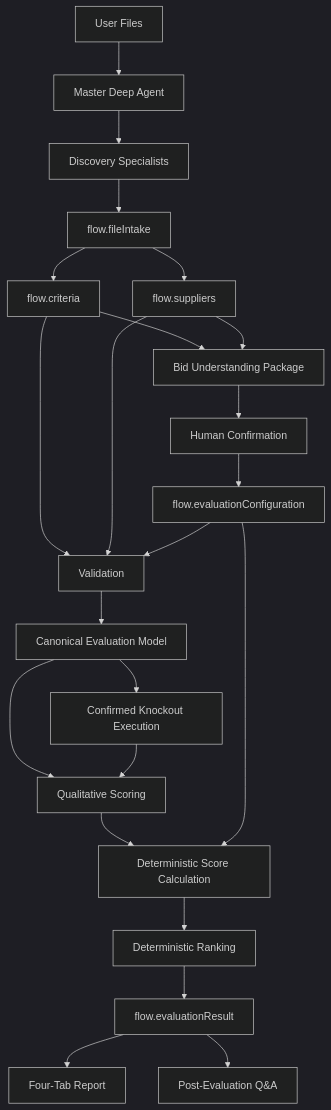
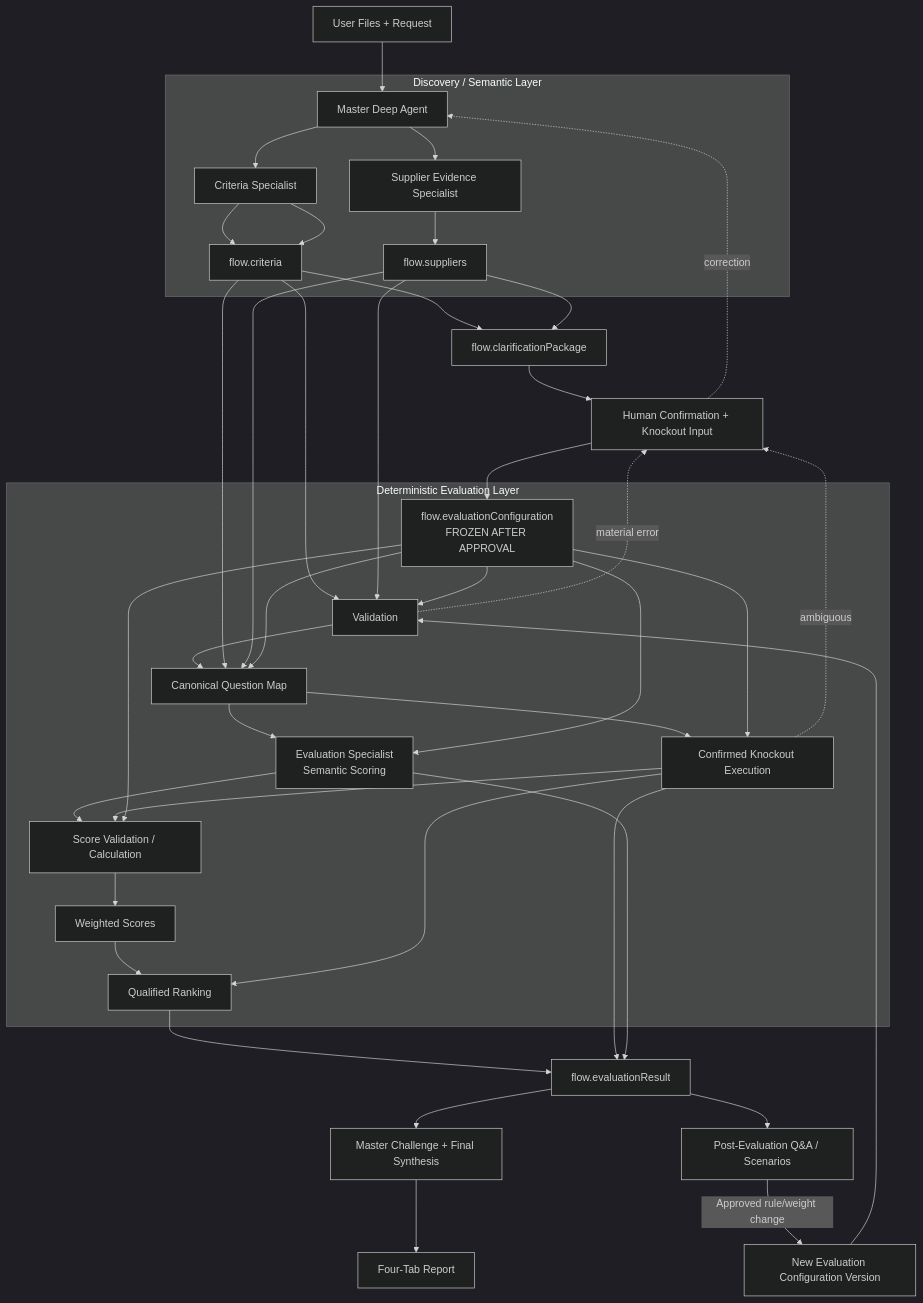
One commit to adityarane-ai/Agentic-Orchestrations changed the first of 2 diagrams in Bid Analysis Agent/05A-Data-Flow-Architecture.md. Above: the diagram before and after it, drawn with Mermaid (dark theme). The commit also changed other lines of this file, not shown here.

Commit message:
Update data-flow diagrams for V1.2 HITL configuration and deterministic pipeline

````diff
--- a/Bid Analysis Agent/05A-Data-Flow-Architecture.md
+++ b/Bid Analysis Agent/05A-Data-Flow-Architecture.md
@@ -21,26 +21,50 @@
 ```mermaid
-flowchart TD
+flowchart TB
+    RAW[User Files + Request] --> M[Master Deep Agent]
 
-RAW[User Files] --> M[Master Deep Agent]
-M --> FI[Discovery Specialists]
-FI --> FILE[flow.fileIntake]
-FILE --> CRIT[flow.criteria]
-FILE --> SUP[flow.suppliers]
-CRIT --> BP[Bid Understanding Package]
-SUP --> BP
-BP --> HUMAN[Human Confirmation]
-HUMAN --> CFG[flow.evaluationConfiguration]
-CRIT --> VAL[Validation]
-SUP --> VAL
-CFG --> VAL
-VAL --> CAN[Canonical Evaluation Model]
-CAN --> KO[Confirmed Knockout Execution]
-CAN --> QS[Qualitative Scoring]
-KO --> QS
-QS --> SCORE[Deterministic Score Calculation]
-CFG --> SCORE
-SCORE --> RANK[Deterministic Ranking]
-RANK --> RESULT[flow.evaluationResult]
-RESULT --> REPORT[Four-Tab Report]
-RESULT --> QA[Post-Evaluation Q&A]
+    subgraph DISC[Discovery / Semantic Layer]
+        M --> C[Criteria Specialist]
+        M --> S[Supplier Evidence Specialist]
+        C --> CRIT[flow.criteria]
+        S --> SUP[flow.suppliers]
+        C --> CRIT
+    end
+
+    CRIT --> BP[flow.clarificationPackage]
+    SUP --> BP
+    BP --> HUMAN[Human Confirmation + Knockout Input]
+    HUMAN --> CFG[flow.evaluationConfiguration<br/>FROZEN AFTER APPROVAL]
+
+    subgraph DET[Deterministic Evaluation Layer]
+        CRIT --> VAL[Validation]
+        SUP --> VAL
+        CFG --> VAL
+        VAL --> CAN[Canonical Question Map]
+        CRIT --> CAN
+        SUP --> CAN
+        CFG --> CAN
+        CAN --> KO[Confirmed Knockout Execution]
+        CFG --> KO
+        CAN --> SEM[Evaluation Specialist<br/>Semantic Scoring]
+        CFG --> SEM
+        SEM --> SV[Score Validation / Calculation]
+        KO --> SV
+        CFG --> SV
+        SV --> W[Weighted Scores]
+        W --> R[Qualified Ranking]
+        KO --> R
+    end
+
+    R --> RESULT[flow.evaluationResult]
+    KO --> RESULT
+    SEM --> RESULT
+    RESULT --> MASTERQC[Master Challenge + Final Synthesis]
+    MASTERQC --> REPORT[Four-Tab Report]
+    RESULT --> QA[Post-Evaluation Q&A / Scenarios]
+    QA -->|Approved rule/weight change| CFG2[New Evaluation Configuration Version]
+    CFG2 --> VAL
+
+    HUMAN -. correction .-> M
+    KO -. ambiguous .-> HUMAN
+    VAL -. material error .-> HUMAN
 ```
````
